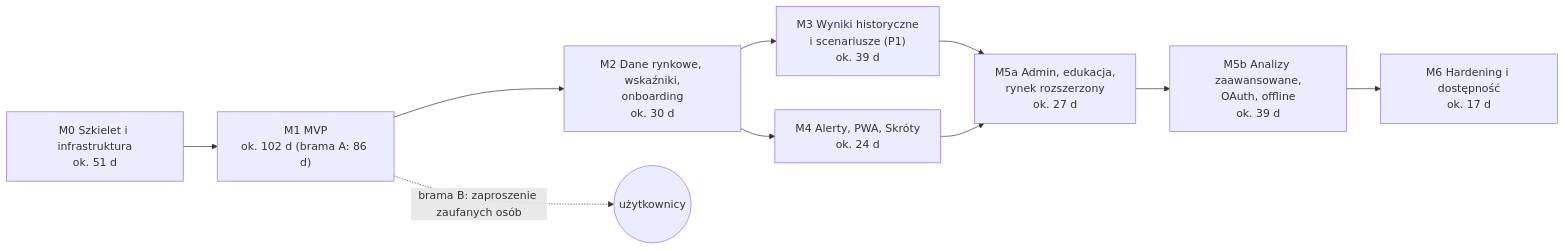
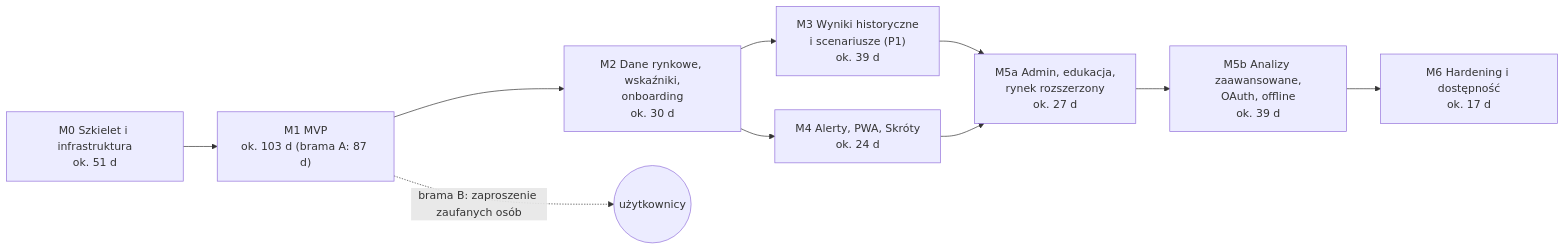
Before and after one commit to Ipper18/OligInvest: the diagram in docs/08-plan/roadmapa.md, drawn with Mermaid. The commit also changed other lines of this file and 77 other files, not shown here.

````diff
--- a/docs/08-plan/roadmapa.md
+++ b/docs/08-plan/roadmapa.md
@@ -25,12 +25,12 @@
 ```mermaid
 flowchart LR
-  M0["M0 Szkielet i infrastruktura<br/>ok. 51 d"] --> M1["M1 MVP<br/>ok. 102 d (brama A: 86 d)"]
+  M0["M0 Szkielet i infrastruktura<br/>ok. 51 d"] --> M1["M1 MVP<br/>ok. 103 d (brama A: 87 d)"]
   M1 --> M2["M2 Dane rynkowe, wskaźniki,<br/>onboarding<br/>ok. 30 d"]
   M2 --> M3["M3 Wyniki historyczne<br/>i scenariusze (P1)<br/>ok. 39 d"]
   M2 --> M4["M4 Alerty, PWA, Skróty<br/>ok. 24 d"]
   M3 --> M5a["M5a Admin, edukacja,<br/>rynek rozszerzony<br/>ok. 27 d"]
   M4 --> M5a
   M5a --> M5b["M5b Analizy zaawansowane,<br/>OAuth, offline<br/>ok. 39 d"]
   M5b --> M6["M6 Hardening i dostępność<br/>ok. 17 d"]
   M1 -. "brama B: zaproszenie zaufanych osób" .-> U(("użytkownicy"))
 ```
````
